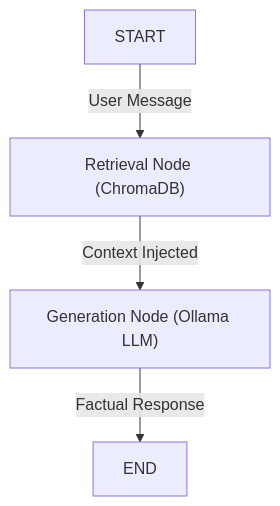
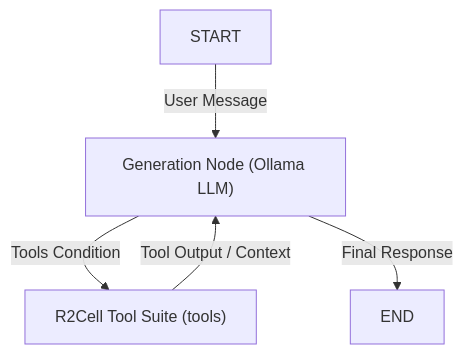
The diagram in README.md (SieghartSaladdin/ai-r2cell), drawn with Mermaid before and after one commit. The commit also changed other lines of this file and 65 other files, not shown here.

````diff
--- a/README.md
+++ b/README.md
@@ -17,6 +17,7 @@
 ```mermaid
 graph TD
-    START -->|User Message| retrieve["Retrieval Node (ChromaDB)"]
-    retrieve -->|Context Injected| call_model["Generation Node (Ollama LLM)"]
-    call_model -->|Factual Response| END
+    START -->|User Message| call_model["Generation Node (Ollama LLM)"]
+    call_model -->|Tools Condition| tools["R2Cell Tool Suite (tools)"]
+    tools -->|Tool Output / Context| call_model
+    call_model -->|Final Response| END
 ```
````
